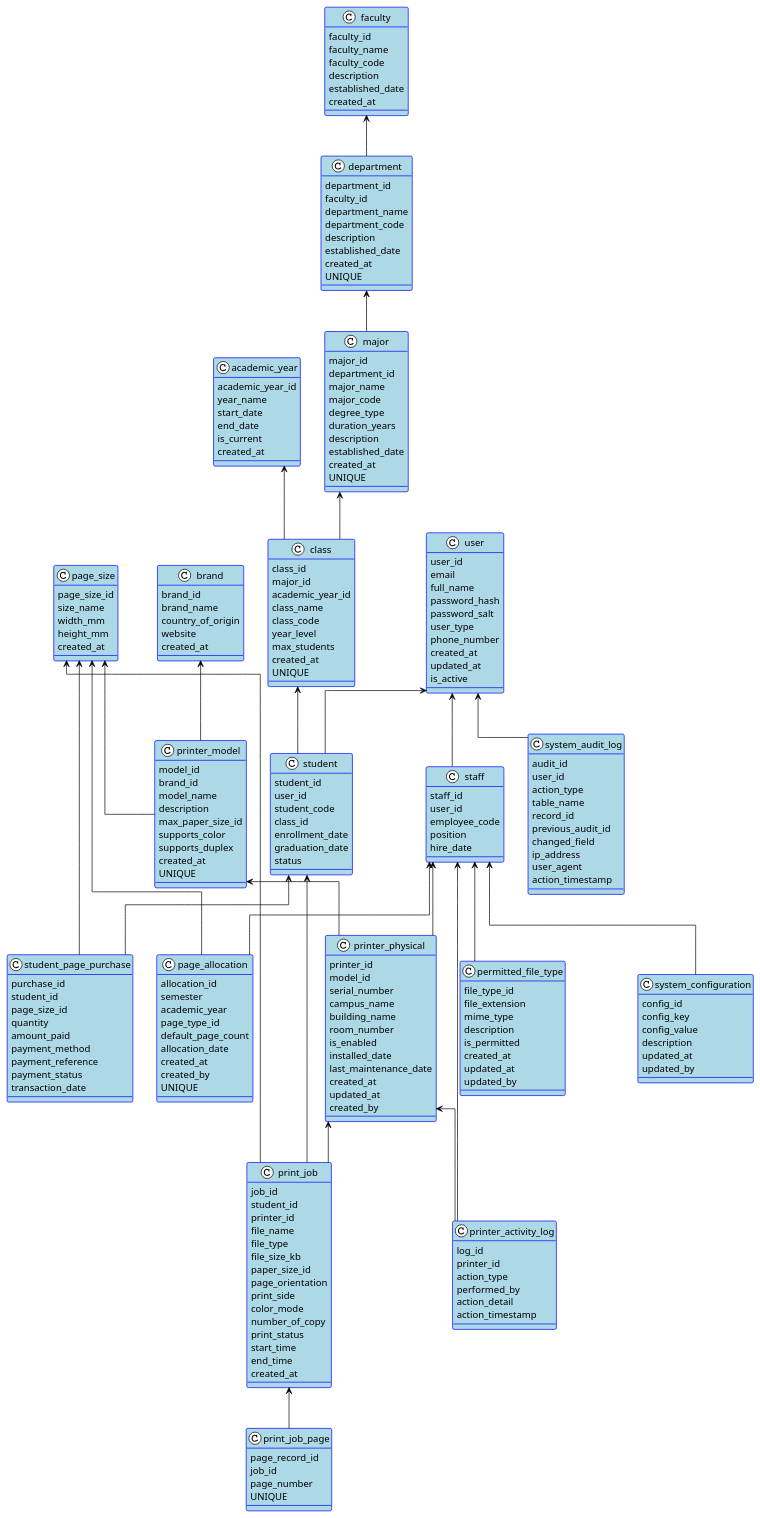
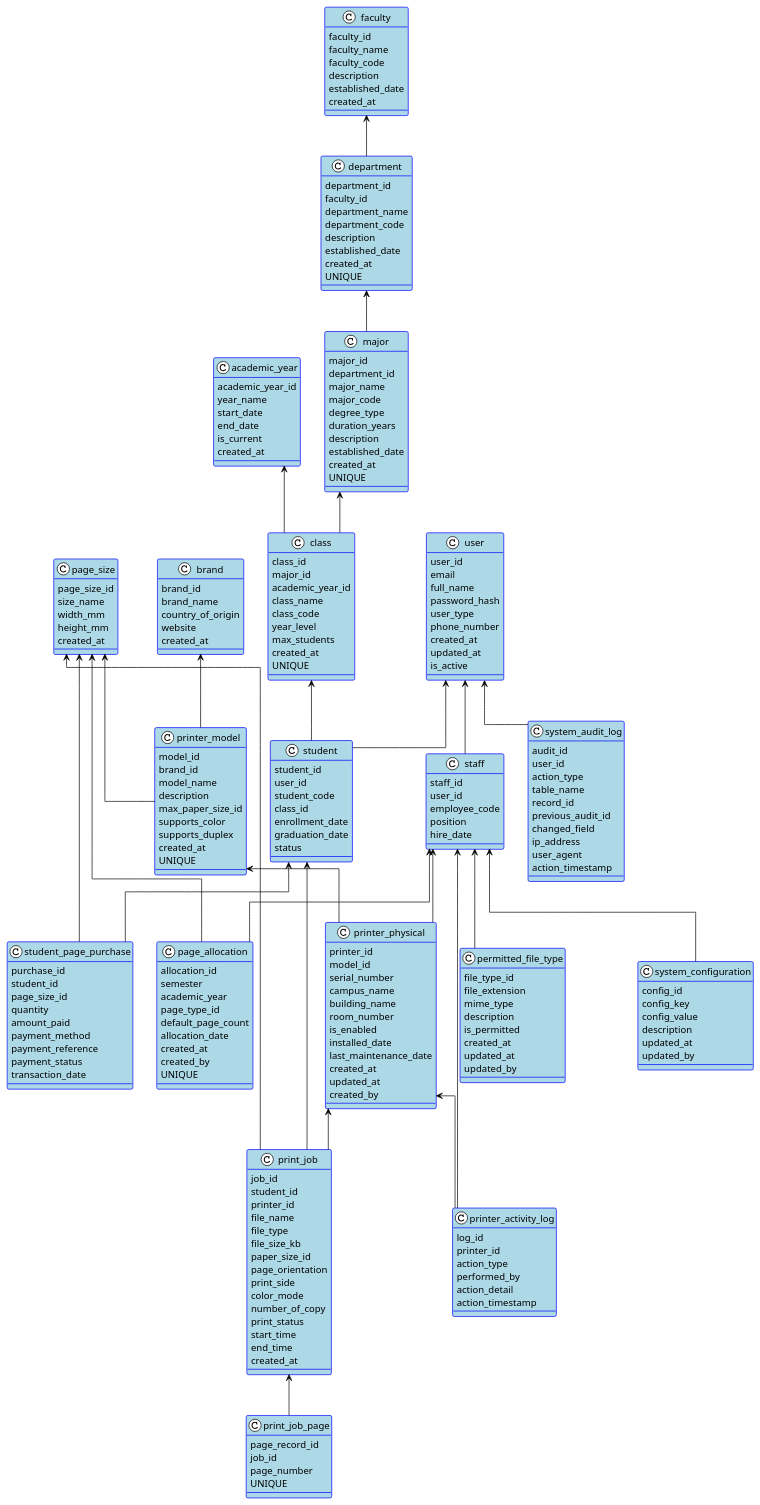
Before and after one commit to WilliamChristopherAlt/PrintingServiceDB: the diagram in visualize/db_diagram.puml, drawn with PlantUML. The commit also changed 3 other files, not shown here.

Commit message:
Removed user password salt, added test accounts

```diff
--- a/visualize/db_diagram.puml
+++ b/visualize/db_diagram.puml
@@ -192,7 +192,6 @@
   email
   full_name
   password_hash
-  password_salt
   user_type
   phone_number
   created_at
```
